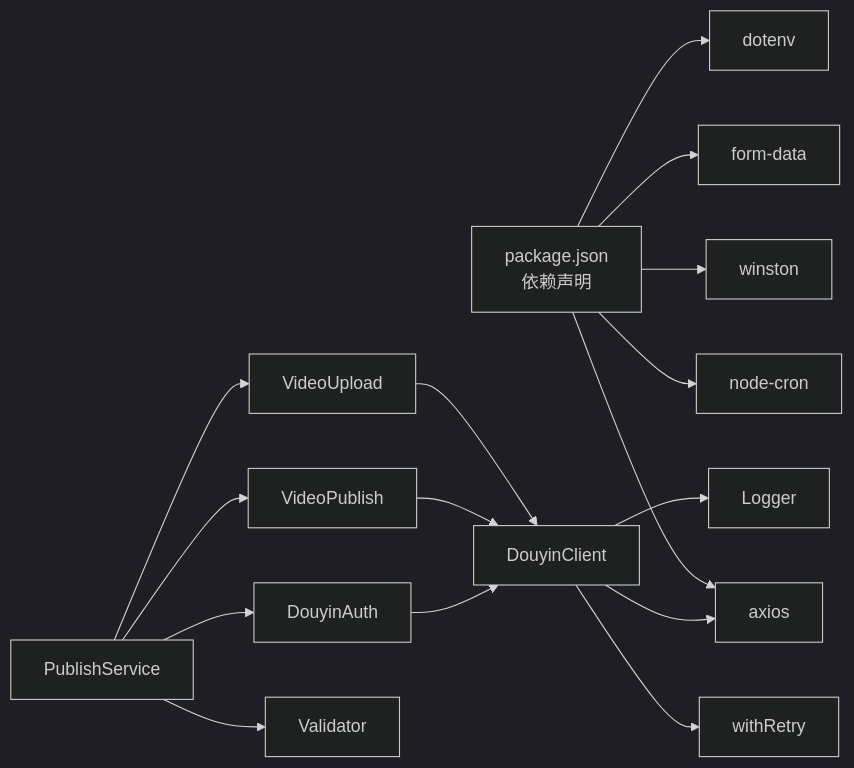
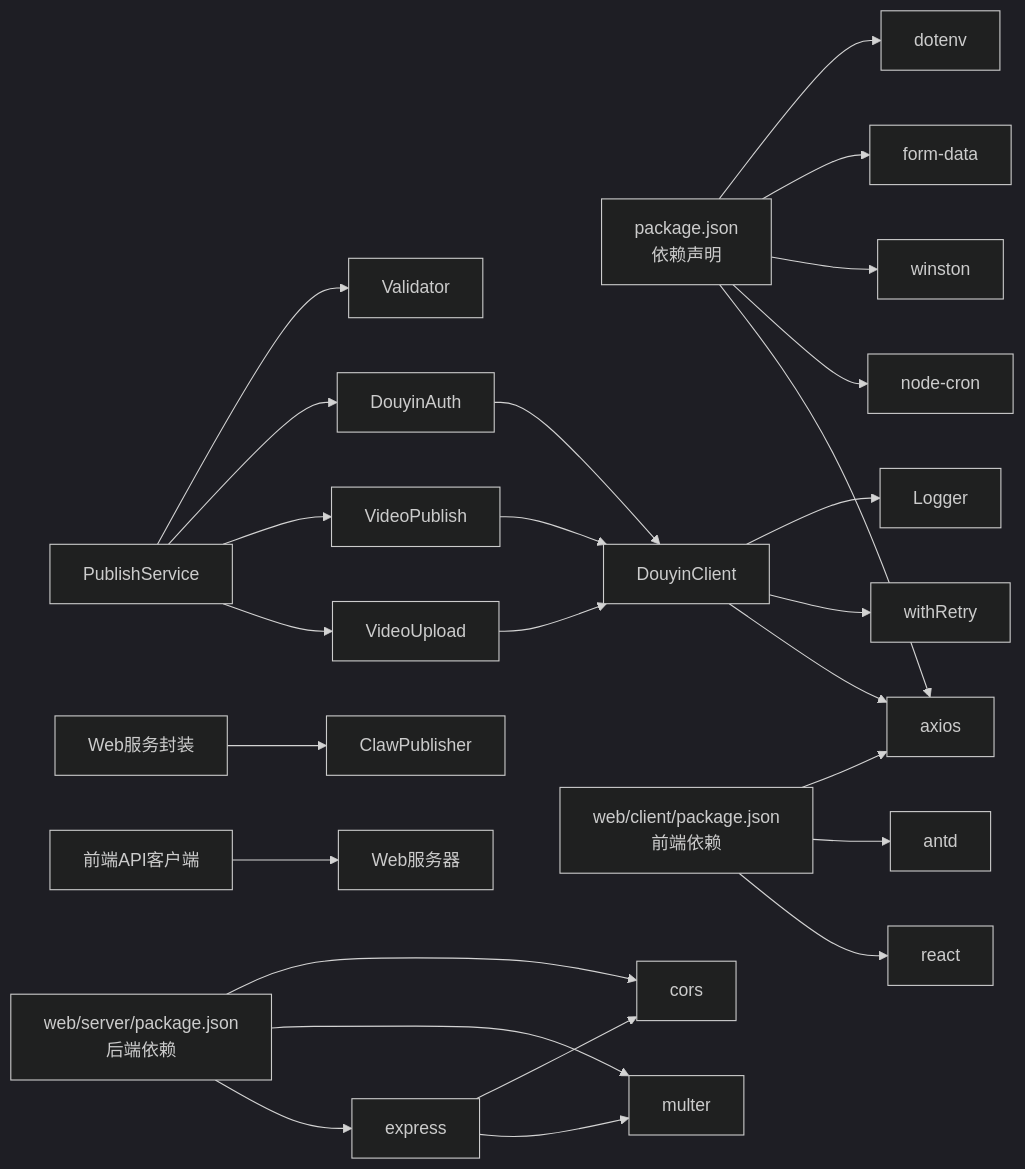
One commit to songdiyang/clawOperations changed the tenth of 10 diagrams in .qoder/repowiki/zh/content/项目概述/技术架构.md. Above: the diagram before and after it, drawn with Mermaid (dark theme). The commit also changed other lines of this file and 69 other files, not shown here.

````diff
--- a/.qoder/repowiki/zh/content/项目概述/技术架构.md
+++ b/.qoder/repowiki/zh/content/项目概述/技术架构.md
@@ -392,18 +677,28 @@
 ```mermaid
 graph LR
 PKG["package.json<br/>依赖声明"] --> AX["axios"]
 PKG --> CRON["node-cron"]
 PKG --> WINST["winston"]
 PKG --> FD["form-data"]
 PKG --> DOT["dotenv"]
 DC["DouyinClient"] --> AX
 PS["PublishService"] --> VU["VideoUpload"]
 PS --> VP["VideoPublish"]
 PS --> AUTH["DouyinAuth"]
 VU --> DC
 VP --> DC
 AUTH --> DC
 DC --> RETRY["withRetry"]
 DC --> LOG["Logger"]
 PS --> VALID["Validator"]
+WEBAPI["web/client/package.json<br/>前端依赖"] --> REACT["react"]
+WEBAPI --> ANT["antd"]
+WEBAPI --> AX
+WEBSERVER["web/server/package.json<br/>后端依赖"] --> EXP["express"]
+WEBSERVER --> MUL["multer"]
+WEBSERVER --> CORS["cors"]
+EXP --> MUL
+EXP --> CORS
+ENDSERVICE["Web服务封装"] --> IDX["ClawPublisher"]
+ENDCLIENT["前端API客户端"] --> ENDPOINT["Web服务器"]
 ```
````
